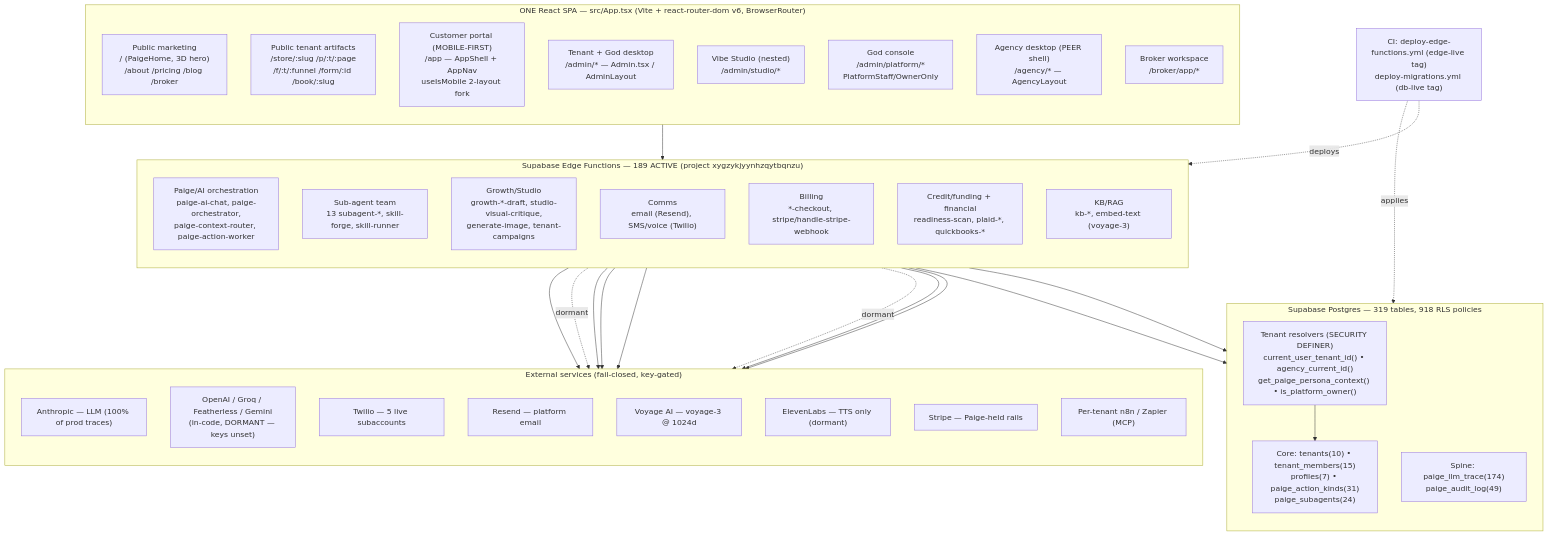
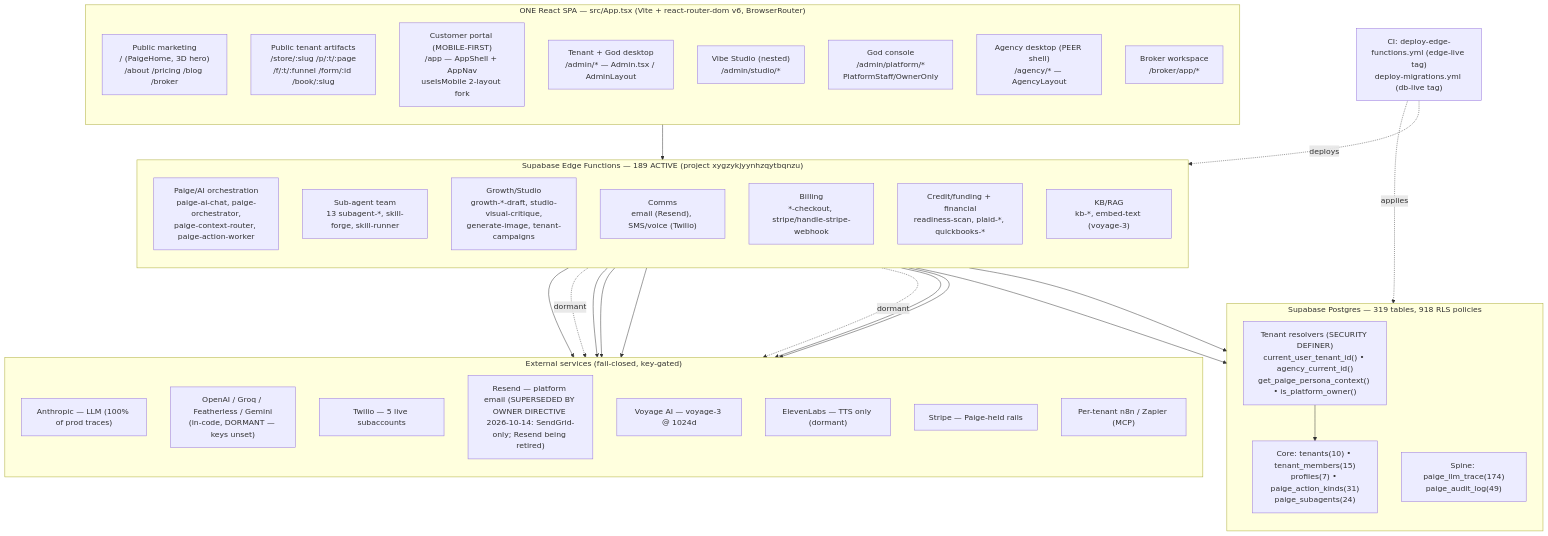
Before and after one commit to Paige-Agent-AI/Paige-Agent-AI: the first of 7 diagrams in docs/architecture/CANONICAL-SYSTEM-ARCHITECTURE-2026-08-08.md, drawn with Mermaid. The commit also changed other lines of this file and 2 other files, not shown here.

Commit message:
docs(sendgrid P0): review LOWs — mark the architecture doc's two Resend-default lines superseded; RESEND_WEBHOOK_SECRET named by 3 functions; P2 guard names its exceptions; branch/PR and scope wording
Claude-Session: https://claude.ai/code/session_01KJGHby5EQRUoThAMsF8yNp

````diff
--- a/docs/architecture/CANONICAL-SYSTEM-ARCHITECTURE-2026-08-08.md
+++ b/docs/architecture/CANONICAL-SYSTEM-ARCHITECTURE-2026-08-08.md
@@ -47,60 +47,60 @@
 ```mermaid
 flowchart TB
     subgraph CLIENT["ONE React SPA — src/App.tsx (Vite + react-router-dom v6, BrowserRouter)"]
         direction TB
         MKT["Public marketing<br/>/ (PaigeHome, 3D hero)<br/>/about /pricing /blog /broker"]
         PUB["Public tenant artifacts<br/>/store/:slug /p/:t/:page<br/>/f/:t/:funnel /form/:id /book/:slug"]
         PORTAL["Customer portal (MOBILE-FIRST)<br/>/app — AppShell + AppNav<br/>useIsMobile 2-layout fork"]
         TENANT["Tenant + God desktop<br/>/admin/* — Admin.tsx / AdminLayout"]
         STUDIO["Vibe Studio (nested)<br/>/admin/studio/*"]
         GOD["God console<br/>/admin/platform/*<br/>PlatformStaff/OwnerOnly"]
         AGENCY["Agency desktop (PEER shell)<br/>/agency/* — AgencyLayout"]
         BROKER["Broker workspace<br/>/broker/app/*"]
     end
 
     subgraph EDGE["Supabase Edge Functions — 189 ACTIVE (project xygzykjyynhzqytbqnzu)"]
         direction TB
         CHAT["Paige/AI orchestration<br/>paige-ai-chat, paige-orchestrator,<br/>paige-context-router, paige-action-worker"]
         AGENTS["Sub-agent team<br/>13 subagent-*, skill-forge, skill-runner"]
         GROWTH["Growth/Studio<br/>growth-*-draft, studio-visual-critique,<br/>generate-image, tenant-campaigns"]
         COMMS["Comms<br/>email (Resend), SMS/voice (Twilio)"]
         BILL["Billing<br/>*-checkout, stripe/handle-stripe-webhook"]
         FIN["Credit/funding + financial<br/>readiness-scan, plaid-*, quickbooks-*"]
         KB["KB/RAG<br/>kb-*, embed-text (voyage-3)"]
     end
 
     subgraph DB["Supabase Postgres — 319 tables, 918 RLS policies"]
         direction TB
         RES["Tenant resolvers (SECURITY DEFINER)<br/>current_user_tenant_id() • agency_current_id()<br/>get_paige_persona_context() • is_platform_owner()"]
         CORE["Core: tenants(10) • tenant_members(15)<br/>profiles(7) • paige_action_kinds(31)<br/>paige_subagents(24)"]
         OBS["Spine: paige_llm_trace(174)<br/>paige_audit_log(49)"]
     end
 
     subgraph EXT["External services (fail-closed, key-gated)"]
         direction TB
         ANTH["Anthropic — LLM (100% of prod traces)"]
         MULTI["OpenAI / Groq / Featherless / Gemini<br/>(in-code, DORMANT — keys unset)"]
         TW["Twilio — 5 live subaccounts"]
-        RS["Resend — platform email"]
+        RS["Resend — platform email (SUPERSEDED BY OWNER DIRECTIVE 2026-10-14: SendGrid-only; Resend being retired)"]
         VOY["Voyage AI — voyage-3 @ 1024d"]
         EL["ElevenLabs — TTS only (dormant)"]
         STR["Stripe — Paige-held rails"]
         NZ["Per-tenant n8n / Zapier (MCP)"]
     end
 
     CLIENT --> EDGE
     EDGE --> RES
     RES --> CORE
     EDGE --> OBS
     CHAT --> ANTH
     CHAT -.dormant.-> MULTI
     COMMS --> TW
     COMMS --> RS
     KB --> VOY
     COMMS -.dormant.-> EL
     BILL --> STR
     EDGE --> NZ
 
     DEPLOY["CI: deploy-edge-functions.yml (edge-live tag)<br/>deploy-migrations.yml (db-live tag)"] -.deploys.-> EDGE
     DEPLOY -.applies.-> DB
 ```
````
